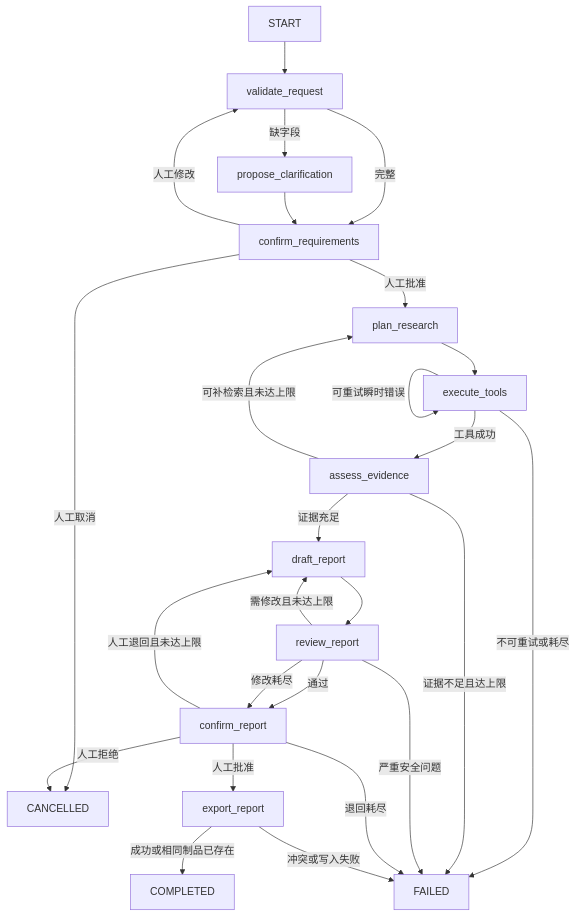
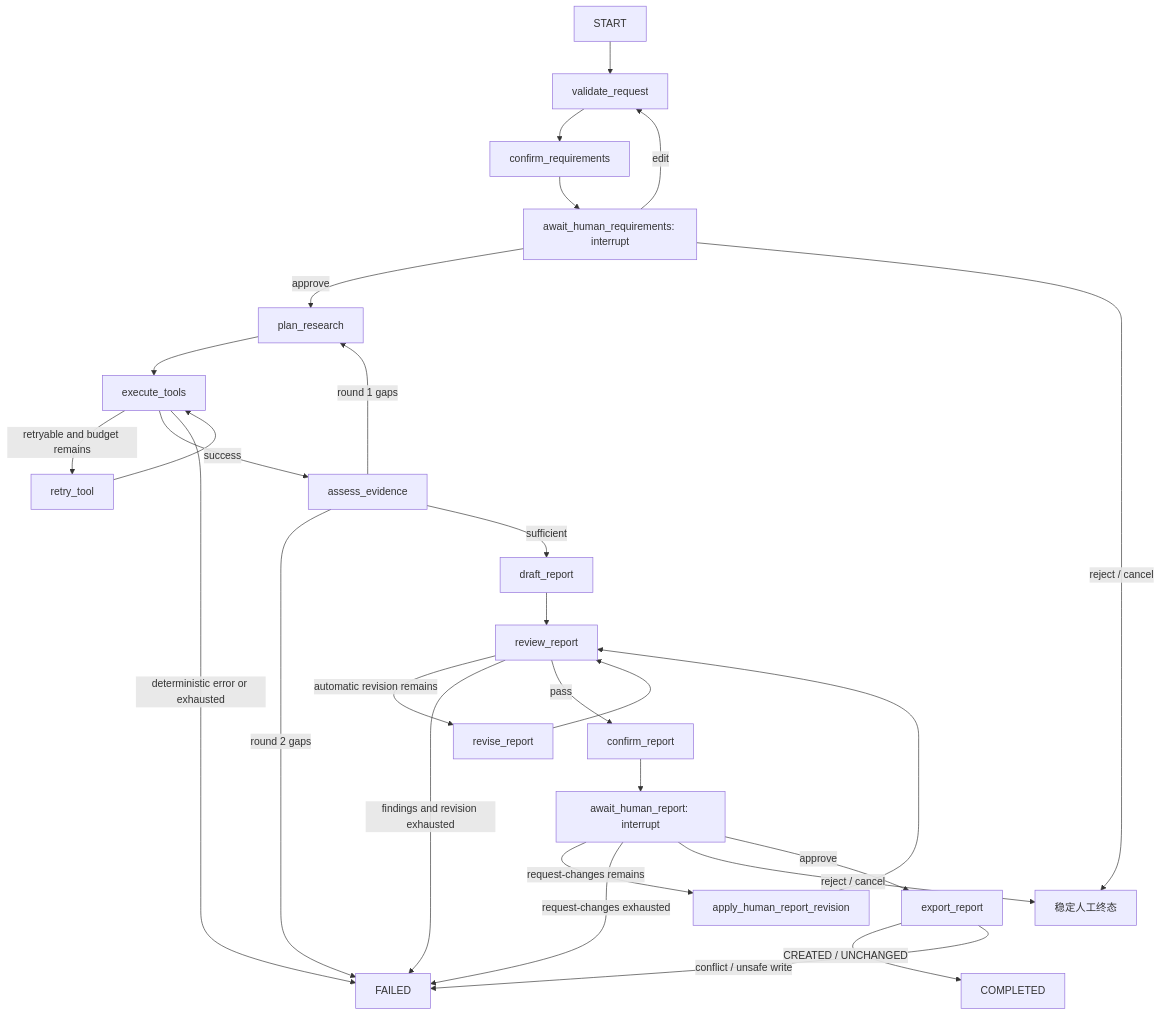
One commit to rorinhoon-bot/ai-application-portfolio changed the first of 8 diagrams in projects/02-agent-research-workflow/docs/ARCHITECTURE.md. Above: the diagram before and after it, drawn with Mermaid. The commit also changed other lines of this file and 10 other files, not shown here.

````diff
--- a/projects/02-agent-research-workflow/docs/ARCHITECTURE.md
+++ b/projects/02-agent-research-workflow/docs/ARCHITECTURE.md
@@ -39,28 +40,30 @@
 ```mermaid
 flowchart TD
     A["START"] --> B["validate_request"]
-    B -->|完整| C["confirm_requirements"]
-    B -->|缺字段| D["propose_clarification"]
-    D --> C
-    C -->|人工批准| E["plan_research"]
-    C -->|人工修改| B
-    C -->|人工取消| X["CANCELLED"]
+    B --> C["confirm_requirements"]
+    C --> D["await_human_requirements: interrupt"]
+    D -->|approve| E["plan_research"]
+    D -->|edit| B
+    D -->|reject / cancel| X["稳定人工终态"]
     E --> F["execute_tools"]
-    F -->|工具成功| G["assess_evidence"]
-    F -->|可重试瞬时错误| F
-    F -->|不可重试或耗尽| Y["FAILED"]
-    G -->|证据充足| H["draft_report"]
-    G -->|可补检索且未达上限| E
-    G -->|证据不足且达上限| Y
+    F -->|retryable and budget remains| R["retry_tool"]
+    R --> F
+    F -->|success| G["assess_evidence"]
+    F -->|deterministic error or exhausted| Y["FAILED"]
+    G -->|round 1 gaps| E
+    G -->|round 2 gaps| Y
+    G -->|sufficient| H["draft_report"]
     H --> J["review_report"]
-    J -->|通过| K["confirm_report"]
-    J -->|需修改且未达上限| H
-    J -->|严重安全问题| Y
-    J -->|修改耗尽| K
-    K -->|人工批准| L["export_report"]
-    K -->|人工退回且未达上限| H
-    K -->|人工拒绝| X
-    K -->|退回耗尽| Y
-    L -->|成功或相同制品已存在| Z["COMPLETED"]
-    L -->|冲突或写入失败| Y
+    J -->|automatic revision remains| V["revise_report"]
+    V --> J
+    J -->|findings and revision exhausted| Y
+    J -->|pass| K["confirm_report"]
+    K --> L["await_human_report: interrupt"]
+    L -->|request-changes remains| M["apply_human_report_revision"]
+    M --> J
+    L -->|request-changes exhausted| Y
+    L -->|reject / cancel| X
+    L -->|approve| N["export_report"]
+    N -->|CREATED / UNCHANGED| Z["COMPLETED"]
+    N -->|conflict / unsafe write| Y
 ```
````
